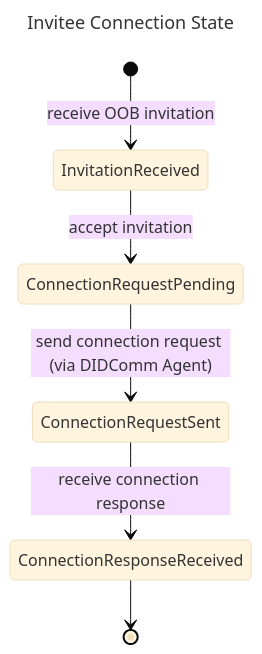
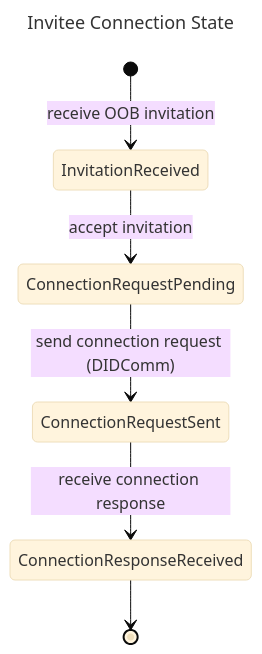
One commit to hyperledger/identus-docs changed the second of 2 diagrams in documentation/tutorials/connections/connection.md. Above: the diagram before and after it, drawn with Mermaid (base theme). The commit also changed other lines of this file and 2 other files, not shown here.

````diff
--- a/documentation/tutorials/connections/connection.md
+++ b/documentation/tutorials/connections/connection.md
@@ -68,11 +64,11 @@
 ```mermaid
 ---
 title: Invitee Connection State
 ---
 stateDiagram-v2
 [*] --> InvitationReceived: receive OOB invitation
 InvitationReceived --> ConnectionRequestPending: accept invitation
-ConnectionRequestPending --> ConnectionRequestSent: send connection request (via DIDComm Agent)
+ConnectionRequestPending --> ConnectionRequestSent: send connection request (DIDComm)
 ConnectionRequestSent --> ConnectionResponseReceived: receive connection response
 ConnectionResponseReceived --> [*]
 ```
````
